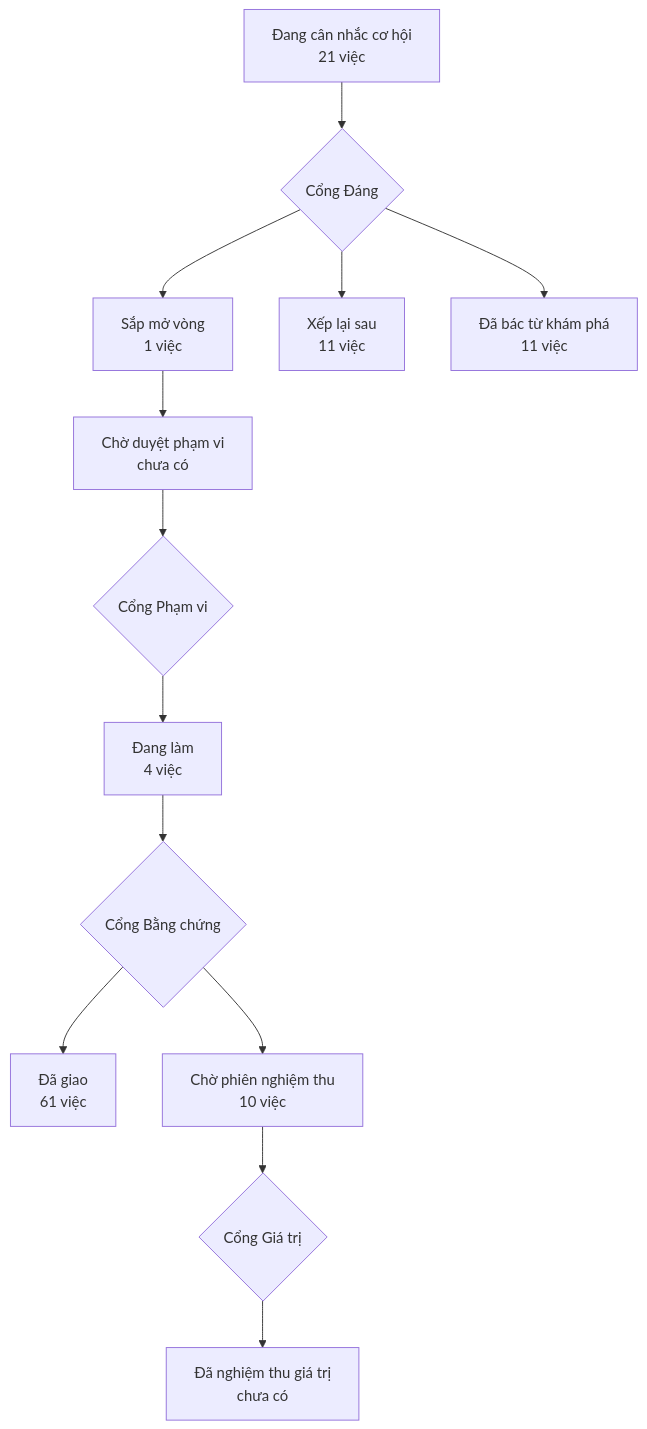
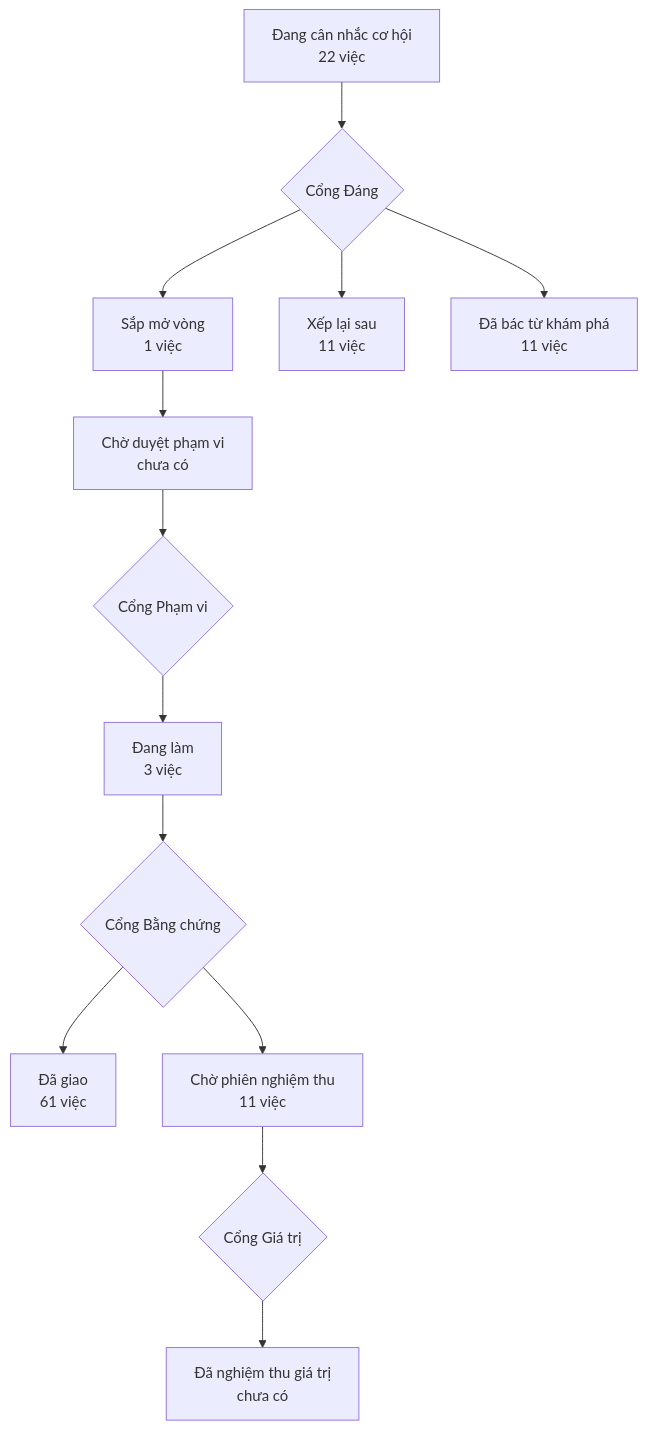
The diagram in PRODUCT-MAP.md (phanlemanh/acceptance-gate-kit), drawn with Mermaid before and after one commit. The commit also changed other lines of this file and 6 other files, not shown here.

````diff
--- a/PRODUCT-MAP.md
+++ b/PRODUCT-MAP.md
@@ -6,12 +6,12 @@
 ```mermaid
 flowchart TD
-  A["Đang cân nhắc cơ hội<br/>21 việc"] --> GD{"Cổng Đáng"}
+  A["Đang cân nhắc cơ hội<br/>22 việc"] --> GD{"Cổng Đáng"}
   GD --> B["Sắp mở vòng<br/>1 việc"]
   GD --> XL["Xếp lại sau<br/>11 việc"]
   GD --> DB["Đã bác từ khám phá<br/>11 việc"]
   B --> CD["Chờ duyệt phạm vi<br/>chưa có"] --> GP{"Cổng Phạm vi"}
-  GP --> DL["Đang làm<br/>4 việc"] --> GB{"Cổng Bằng chứng"}
+  GP --> DL["Đang làm<br/>3 việc"] --> GB{"Cổng Bằng chứng"}
   GB --> DG["Đã giao<br/>61 việc"]
-  GB --> CN["Chờ phiên nghiệm thu<br/>10 việc"] --> GG{"Cổng Giá trị"}
+  GB --> CN["Chờ phiên nghiệm thu<br/>11 việc"] --> GG{"Cổng Giá trị"}
   GG --> NT["Đã nghiệm thu giá trị<br/>chưa có"]
 ```
````
